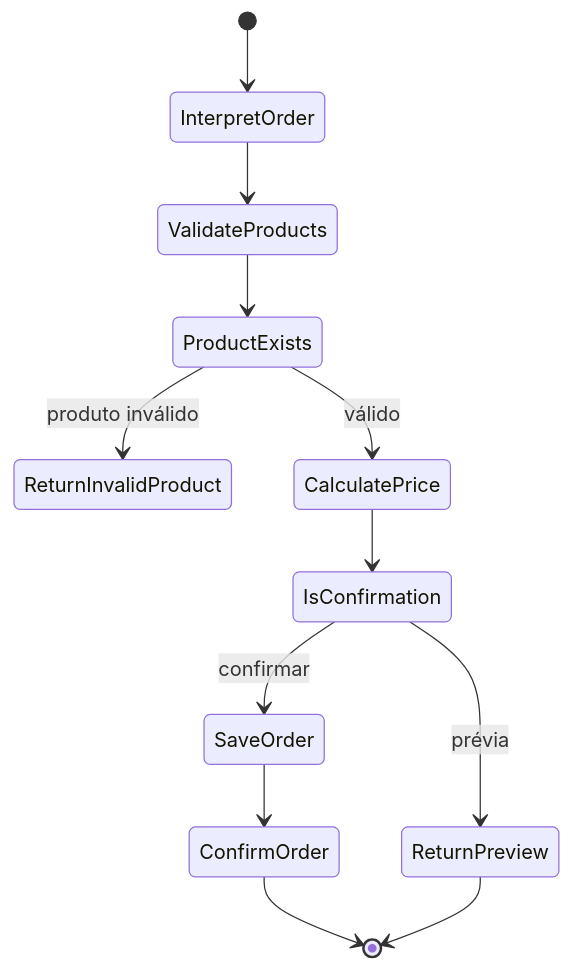
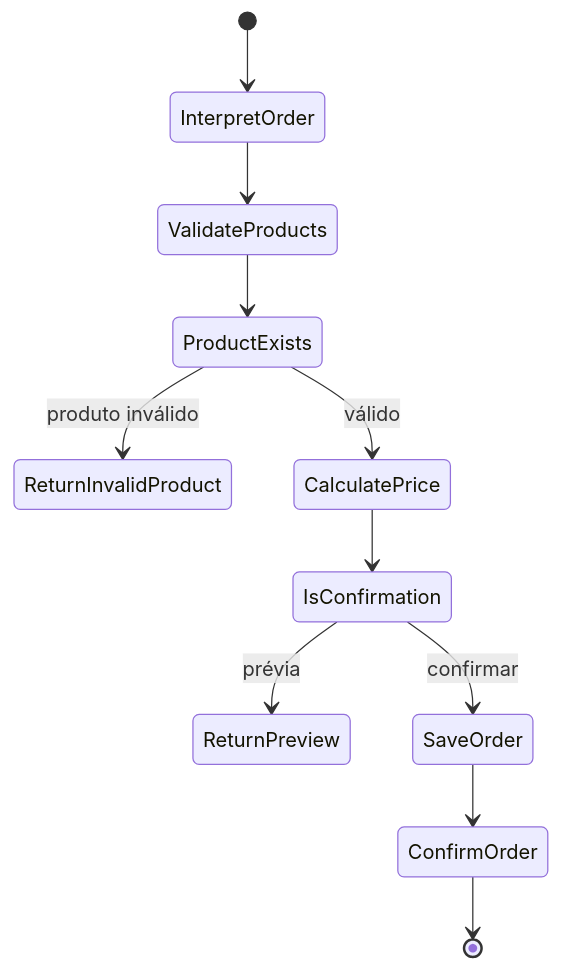
Before and after one commit to wallace-2105/chat-delivery-ai: the second of 2 diagrams in README.md, drawn with Mermaid. The commit also changed other lines of this file, not shown here.

````diff
--- a/README.md
+++ b/README.md
@@ -48,14 +108,13 @@
 ```mermaid
 stateDiagram-v2
   [*] --> InterpretOrder
   InterpretOrder --> ValidateProducts
   ValidateProducts --> ProductExists
   ProductExists --> ReturnInvalidProduct: produto inválido
   ProductExists --> CalculatePrice: válido
   CalculatePrice --> IsConfirmation
   IsConfirmation --> ReturnPreview: prévia
   IsConfirmation --> SaveOrder: confirmar
   SaveOrder --> ConfirmOrder
   ConfirmOrder --> [*]
-  ReturnPreview --> [*]
 ```
````
